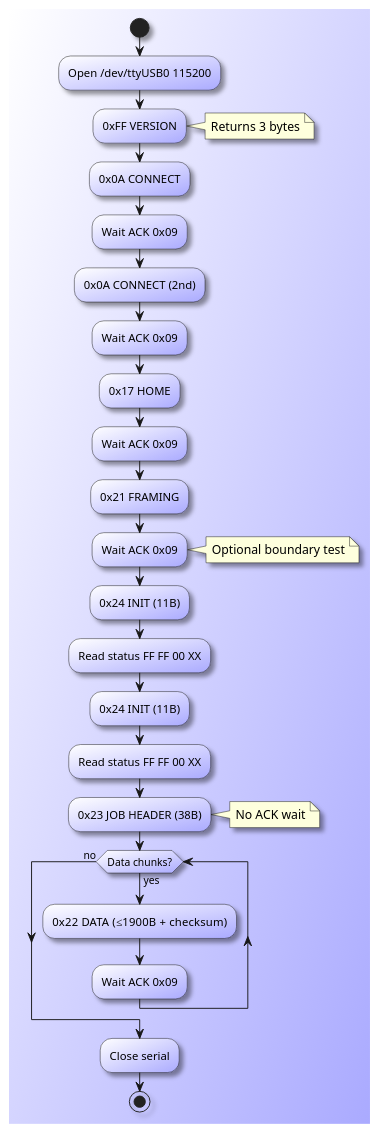
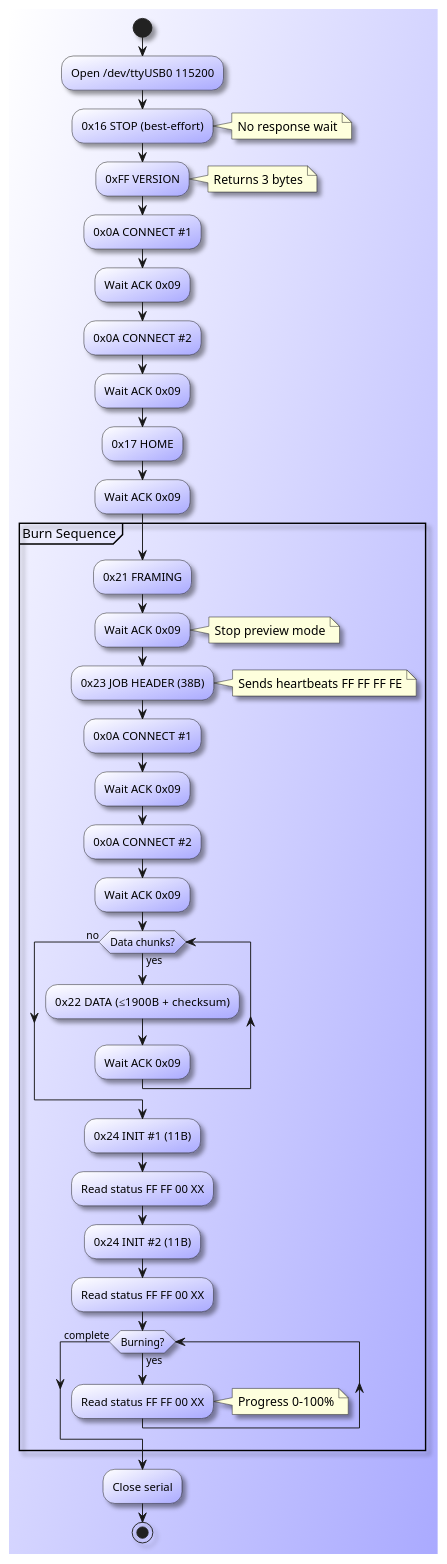
The diagram in images/protocol-flow.plantuml (donnels/wainlux-pi), drawn with PlantUML before and after one commit. The commit also changed 23 other files, not shown here.

Commit message:
just cosmetics and documented flatpack madness on stemadeck for plantuml preview

```diff
--- a/images/protocol-flow.plantuml
+++ b/images/protocol-flow.plantuml
@@ -1,42 +1,59 @@
 @startuml
 skinparam backgroundColor #fff/aaf
 skinparam activitybackgroundColor #fff/aaf
 skinparam Shadowing 1
 
 start
 
 :Open /dev/ttyUSB0 115200;
 
+:0x16 STOP (best-effort);
+note right: No response wait
+
 :0xFF VERSION;
 note right: Returns 3 bytes
 
-:0x0A CONNECT;
+:0x0A CONNECT #1;
 :Wait ACK 0x09;
-:0x0A CONNECT (2nd);
+
+:0x0A CONNECT #2;
 :Wait ACK 0x09;
 
 :0x17 HOME;
 :Wait ACK 0x09;
 
+partition "Burn Sequence" {
 :0x21 FRAMING;
 :Wait ACK 0x09;
-note right: Optional boundary test
-
-:0x24 INIT (11B);
-:Read status FF FF 00 XX;
-
-:0x24 INIT (11B);
-:Read status FF FF 00 XX;
+note right: Stop preview mode
 
 :0x23 JOB HEADER (38B);
-note right: No ACK wait
+note right: Sends heartbeats FF FF FF FE
+
+:0x0A CONNECT #1;
+:Wait ACK 0x09;
+
+:0x0A CONNECT #2;
+:Wait ACK 0x09;
 
 while (Data chunks?) is (yes)
   :0x22 DATA (≤1900B + checksum);
   :Wait ACK 0x09;
 endwhile (no)
 
+:0x24 INIT #1 (11B);
+:Read status FF FF 00 XX;
+
+:0x24 INIT #2 (11B);
+:Read status FF FF 00 XX;
+
+while (Burning?) is (yes)
+  :Read status FF FF 00 XX;
+  note right: Progress 0-100%
+endwhile (complete)
+}
+
 :Close serial;
 stop
 
 @enduml
```
